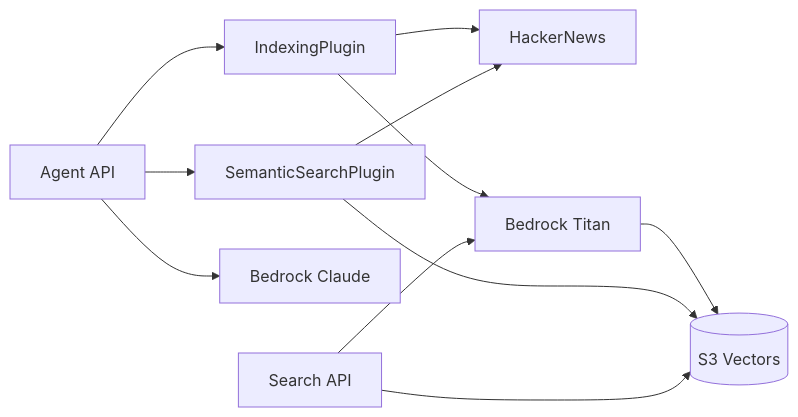
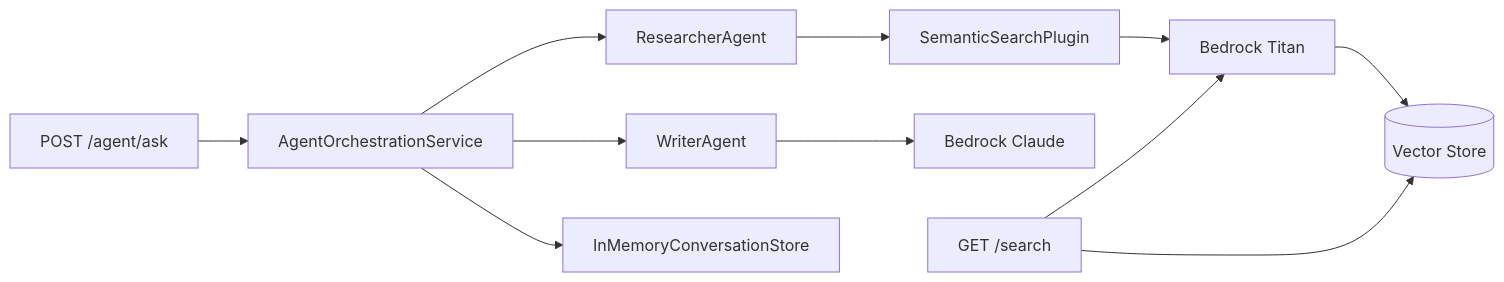
One commit to msepahvand/dotnet-rag-agent changed the diagram in README.md. Above: the diagram before and after it, drawn with Mermaid. The commit also changed other lines of this file, not shown here.

````diff
--- a/README.md
+++ b/README.md
@@ -65,14 +77,14 @@
 ```mermaid
 flowchart LR
-  A[Agent API] --> IP[IndexingPlugin]
-  A --> SP[SemanticSearchPlugin]
-  A --> BRC[Bedrock Claude]
-  IP --> HN[HackerNews]
-  IP --> BRT[Bedrock Titan]
-  BRT --> S3[(S3 Vectors)]
-  SP --> S3
-  SP --> HN
+  A[POST /agent/ask] --> ORC[AgentOrchestrationService]
+  ORC --> RA[ResearcherAgent]
+  ORC --> WA[WriterAgent]
+  RA --> SP[SemanticSearchPlugin]
+  SP --> BRT[Bedrock Titan]
+  BRT --> VS[(Vector Store)]
+  WA --> BRC[Bedrock Claude]
+  ORC --> CS[InMemoryConversationStore]
 
-  SC[Search API] --> BRT
-  SC --> S3
+  SC[GET /search] --> BRT
+  SC --> VS
 ```
````
